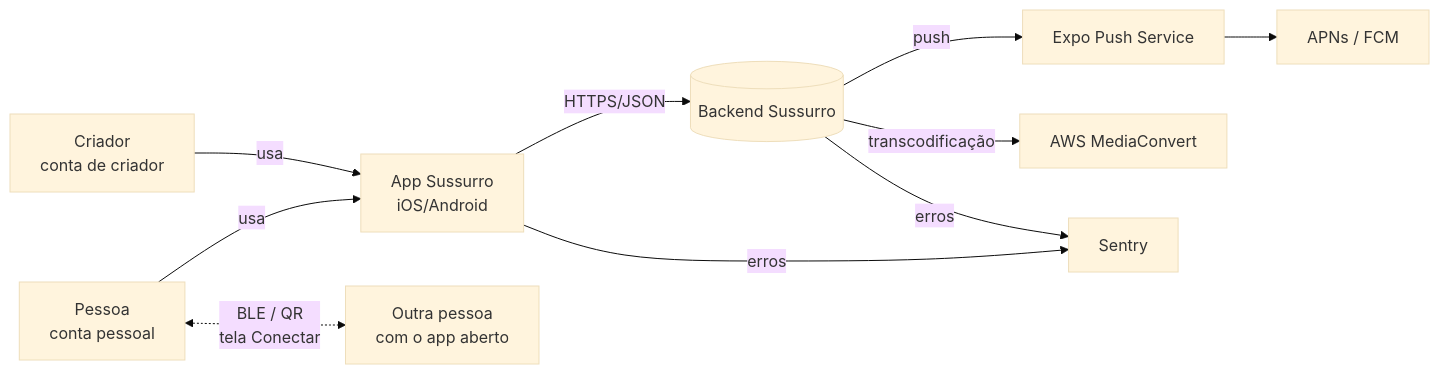
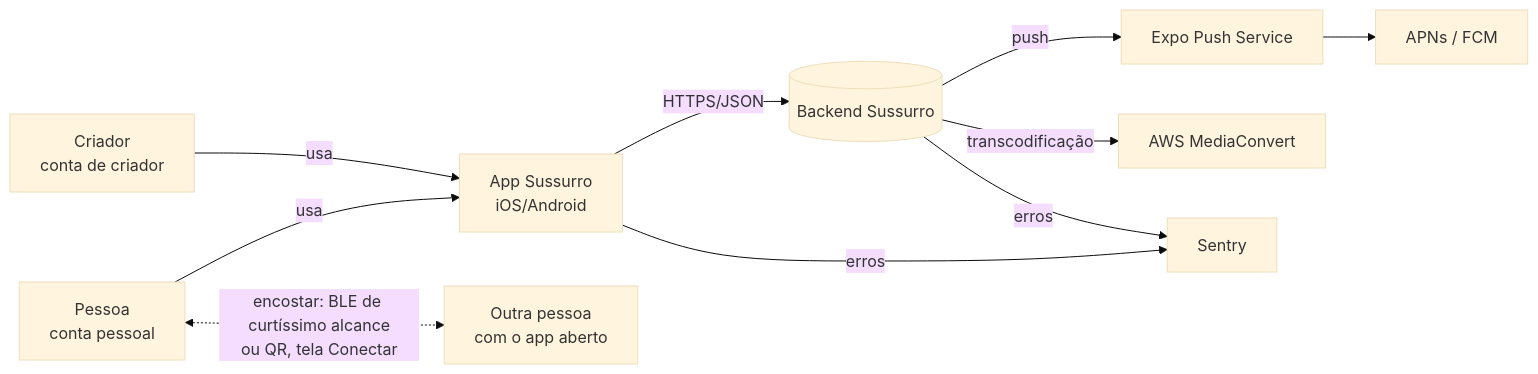
The first of 4 diagrams in docs/equipe/arquitetura.md (Pedro-viniicius/sussurro), drawn with Mermaid (base theme) before and after one commit. The commit also changed other lines of this file and 5 other files, not shown here.

First line of the commit message:
docs(docs): desenho do Conectar por encostar (ADR 0012 e ux.md §11)

````diff
--- a/docs/equipe/arquitetura.md
+++ b/docs/equipe/arquitetura.md
@@ -26,11 +27,11 @@
 ```mermaid
 flowchart LR
   P[Pessoa<br/>conta pessoal] -->|usa| APP[App Sussurro<br/>iOS/Android]
   C[Criador<br/>conta de criador] -->|usa| APP
-  P <-.->|BLE / QR<br/>tela Conectar| P2[Outra pessoa<br/>com o app aberto]
+  P <-.->|encostar: BLE de curtíssimo alcance<br/>ou QR, tela Conectar| P2[Outra pessoa<br/>com o app aberto]
   APP -->|HTTPS/JSON| SYS[(Backend Sussurro)]
   SYS -->|push| EXPO[Expo Push Service] --> APNS[APNs / FCM]
   SYS -->|transcodificação| MC[AWS MediaConvert]
   APP -->|erros| SENTRY[Sentry]
   SYS -->|erros| SENTRY
 ```
````
